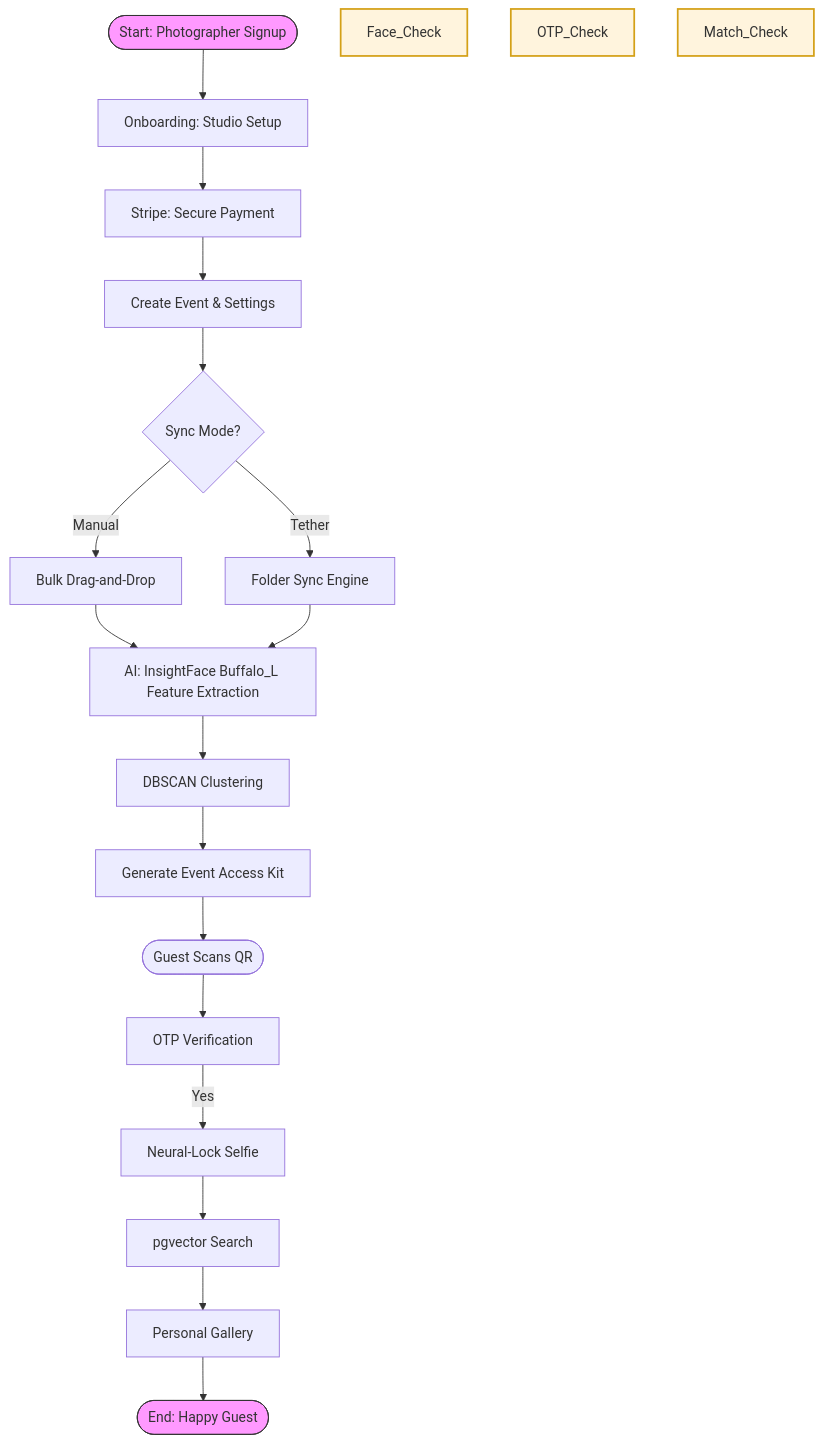
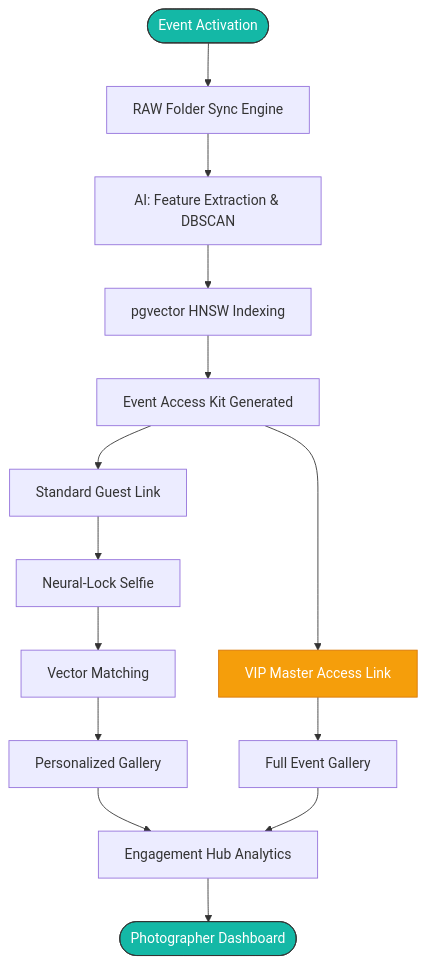
Before and after one commit to JoelJose212/SnapMoment: the second of 2 diagrams in README.md, drawn with Mermaid. The commit also changed other lines of this file, not shown here.

Commit message:
Docs: Update README to Elite Intelligence Edition with new diagrams

````diff
--- a/README.md
+++ b/README.md
@@ -264,32 +74,26 @@
 ```mermaid
 flowchart TD
-    Start([Start: Photographer Signup]) --> Onboard[Onboarding: Studio Setup]
-    Onboard --> Pay[Stripe: Secure Payment]
-    Pay --> Create[Create Event & Settings]
-    Create --> RAW{Sync Mode?}
-    RAW -- Manual --> Upload[Bulk Drag-and-Drop]
-    RAW -- Tether --> Folder[Folder Sync Engine]
+    Start([Event Activation]) --> Sync[RAW Folder Sync Engine]
+    Sync --> AI[AI: Feature Extraction & DBSCAN]
+    AI --> Index[pgvector HNSW Indexing]
     
-    Upload --> AI_Proc[AI: InsightFace Buffalo_L Feature Extraction]
-    Folder --> AI_Proc
+    Index --> Kit[Event Access Kit Generated]
     
-    AI_Proc --> Cluster[DBSCAN Clustering]
-    Cluster --> QR[Generate Event Access Kit]
+    Kit --> Standard[Standard Guest Link]
+    Kit --> VIP[VIP Master Access Link]
     
-    QR --> Guest_Entry([Guest Scans QR])
-    Guest_Entry --> OTP[OTP Verification]
-    OTP -- Yes --> Selfie[Neural-Lock Selfie]
+    Standard --> Selfie[Neural-Lock Selfie]
+    Selfie --> Match[Vector Matching]
+    Match --> PersGal[Personalized Gallery]
     
-    Selfie --> Match[pgvector Search]
-    Match --> Gallery[Personal Gallery]
-    Gallery --> End([End: Happy Guest])
+    VIP --> MasterGal[Full Event Gallery]
+    
+    PersGal --> Hub[Engagement Hub Analytics]
+    MasterGal --> Hub
+    
+    Hub --> Intel([Photographer Dashboard])
 
-    style Start fill:#f9f,stroke:#333
-    style End fill:#f9f,stroke:#333
-
-    style Start fill:#f9f,stroke:#333
-    style End fill:#f9f,stroke:#333
-    style Face_Check fill:#fff4dd,stroke:#d4a017,stroke-width:2px
-    style OTP_Check fill:#fff4dd,stroke:#d4a017,stroke-width:2px
-    style Match_Check fill:#fff4dd,stroke:#d4a017,stroke-width:2px
+    style Start fill:#14b8a6,stroke:#333,color:#fff
+    style Intel fill:#14b8a6,stroke:#333,color:#fff
+    style VIP fill:#f59e0b,stroke:#d97706,color:#fff
 ```
````
